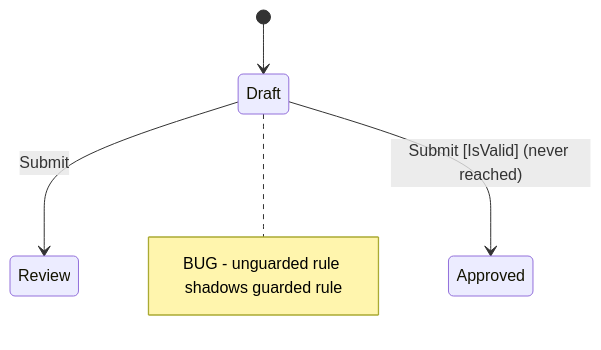
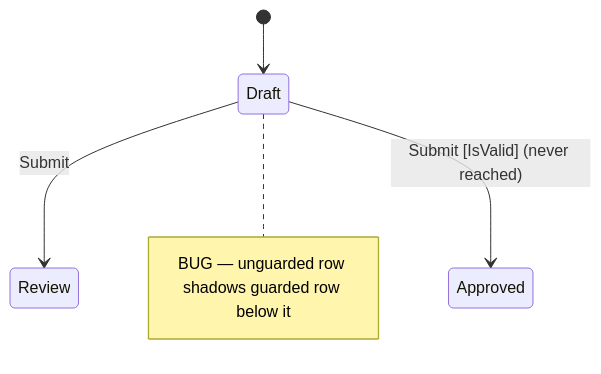
One commit to sfalik/Precept changed the diagram in .github/skills/precept-debugging/SKILL.md. Above: the diagram before and after it, drawn with Mermaid. The commit also changed other lines of this file and 15 other files, not shown here.

````diff
--- a/.github/skills/precept-debugging/SKILL.md
+++ b/.github/skills/precept-debugging/SKILL.md
@@ -97,7 +85,7 @@
 ```mermaid
 stateDiagram-v2
   [*] --> Draft
   Draft --> Review : Submit
-  note right of Draft : BUG - unguarded rule shadows guarded rule
+  note right of Draft : BUG — unguarded row shadows guarded row below it
   Draft --> Approved : Submit [IsValid] (never reached)
 ```
````
